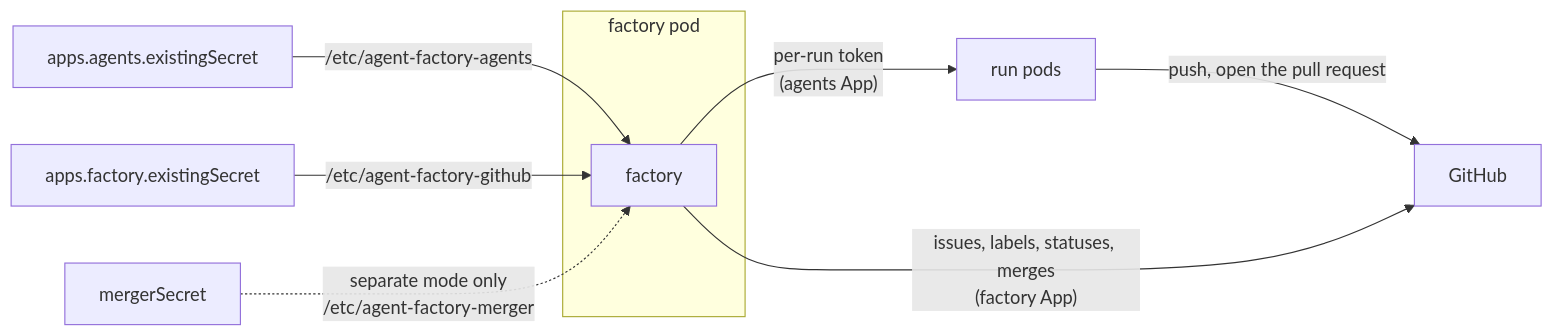
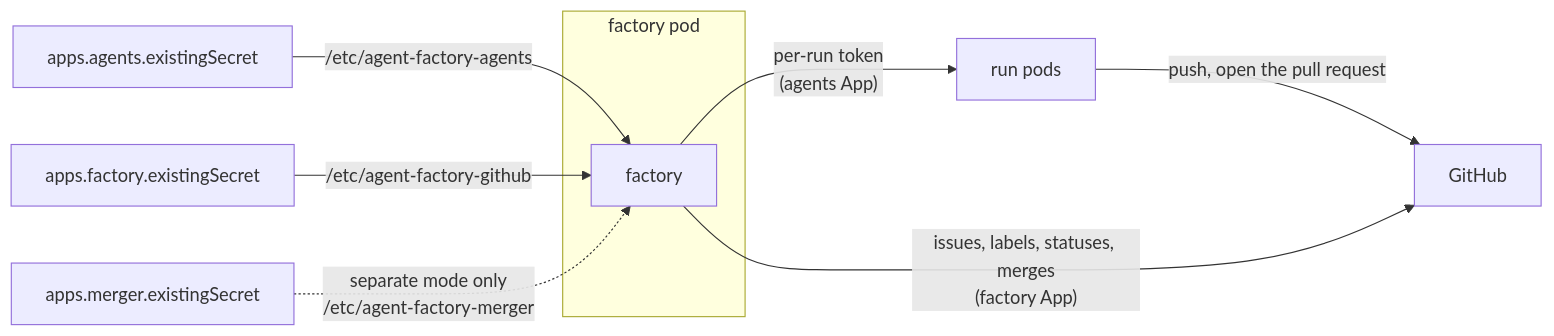
Before and after one commit to Smana/maku: the diagram in docs/github-apps.md, drawn with Mermaid. The commit also changed other lines of this file and 120 other files, not shown here.

````diff
--- a/docs/github-apps.md
+++ b/docs/github-apps.md
@@ -20,12 +20,12 @@
 ```mermaid
 flowchart LR
   subgraph pod["factory pod"]
     F[factory]
   end
   AS[apps.agents.existingSecret] -- /etc/agent-factory-agents --> F
   FS[apps.factory.existingSecret] -- /etc/agent-factory-github --> F
-  MS[mergerSecret] -. "separate mode only<br/>/etc/agent-factory-merger" .-> F
+  MS[apps.merger.existingSecret] -. "separate mode only<br/>/etc/agent-factory-merger" .-> F
   F -- "per-run token<br/>(agents App)" --> R[run pods]
   R -- "push, open the pull request" --> GH[GitHub]
   F -- "issues, labels, statuses, merges<br/>(factory App)" --> GH
 ```
````
